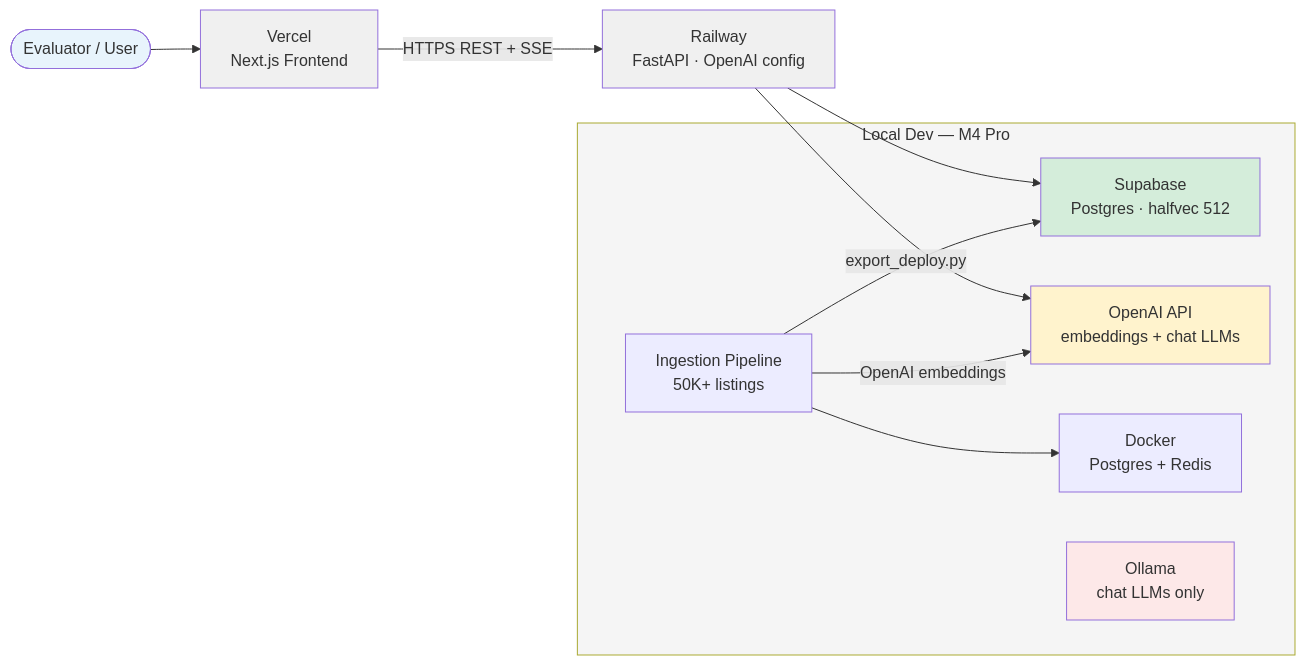
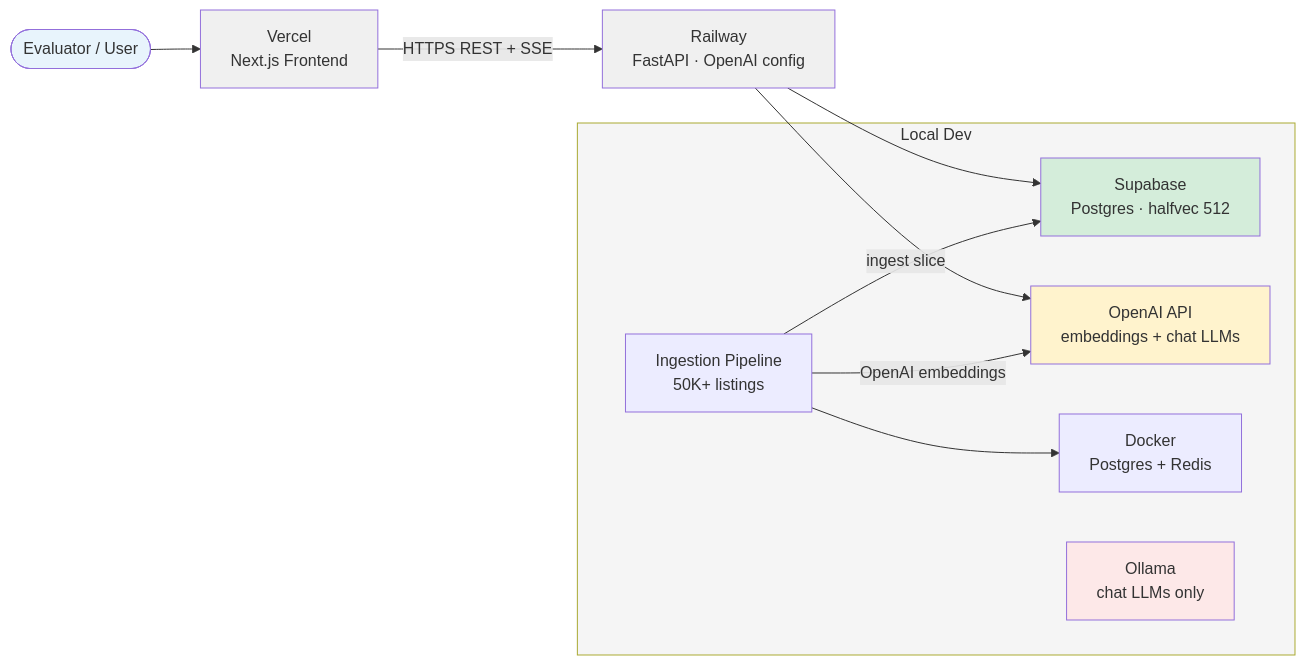
One commit to arslankabir/travel-ai-app changed the second of 7 diagrams in proj-docs/HL-component-diagram.md. Above: the diagram before and after it, drawn with Mermaid. The commit also changed other lines of this file and 23 other files, not shown here.

Commit message:
chore: pre-deploy cleanup — gitignore brief, drop unused deps, sanitize docs Ignore assignment brief in git; remove unused shadcn deps and export stub; simplify map fit logic; scrub personal/hardware references from docs.

````diff
--- a/proj-docs/HL-component-diagram.md
+++ b/proj-docs/HL-component-diagram.md
@@ -97,24 +97,24 @@
 ```mermaid
 flowchart LR
     User(["Evaluator / User"]) --> Vercel["Vercel<br/>Next.js Frontend"]
     Vercel -->|HTTPS REST + SSE| Railway["Railway<br/>FastAPI · OpenAI config"]
     Railway --> Supabase["Supabase<br/>Postgres · halfvec 512"]
     Railway --> OpenAI["OpenAI API<br/>embeddings + chat LLMs"]
 
-    subgraph LocalDev["Local Dev — M4 Pro"]
+    subgraph LocalDev["Local Dev"]
         Docker["Docker<br/>Postgres + Redis"]
         Ollama["Ollama<br/>chat LLMs only"]
         IngestLocal["Ingestion Pipeline<br/>50K+ listings"]
         IngestLocal -->|OpenAI embeddings| OpenAI
         IngestLocal --> Docker
-        IngestLocal -->|export_deploy.py| Supabase
+        IngestLocal -->|ingest slice| Supabase
     end
 
     style User fill:#e8f4fc
     style Vercel fill:#f0f0f0
     style Railway fill:#f0f0f0
     style Supabase fill:#d4edda
     style OpenAI fill:#fff3cd
     style Ollama fill:#fde8e8
     style LocalDev fill:#f5f5f5
 ```
````
